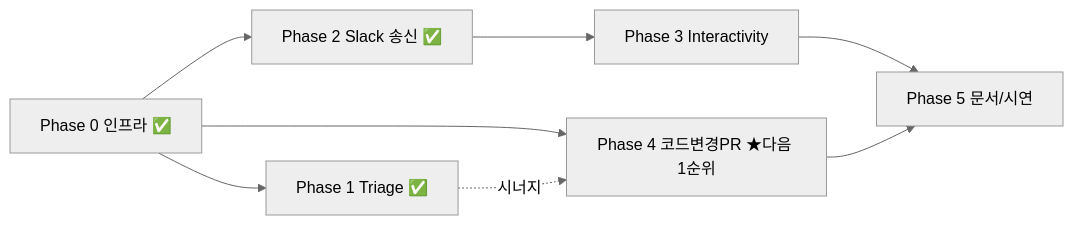
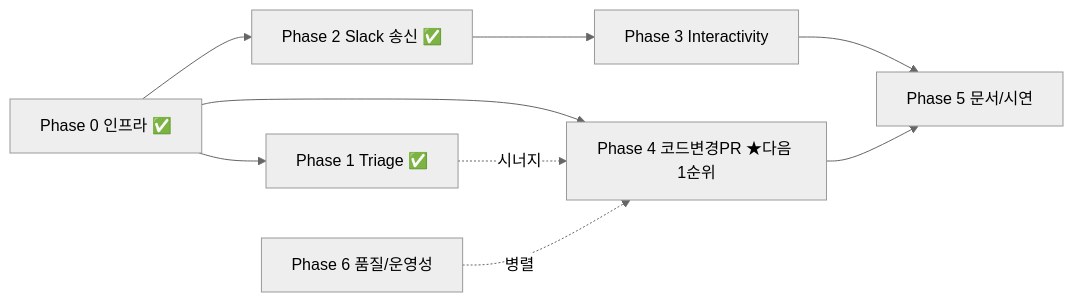
The fourth of 4 diagrams in docs/plan.md (dlwodnjs724/warroom), drawn with Mermaid (neutral theme) before and after one commit. The commit also changed other lines of this file and 1 other file, not shown here.

First line of the commit message:
📝 docs(plan): Phase 6 신설 — logger / orchestrator 실 API tool

````diff
--- a/docs/plan.md
+++ b/docs/plan.md
@@ -260,10 +267,11 @@
 ```mermaid
 flowchart LR
     P0[Phase 0 인프라 ✅] --> P1[Phase 1 Triage ✅]
     P0 --> P2[Phase 2 Slack 송신 ✅]
     P0 --> P4[Phase 4 코드변경PR ★다음 1순위]
     P2 --> P3[Phase 3 Interactivity]
     P1 -.시너지.-> P4
     P3 --> P5[Phase 5 문서/시연]
     P4 --> P5
+    P6[Phase 6 품질/운영성] -.병렬.-> P4
 ```
````
